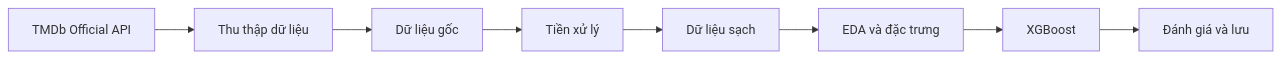
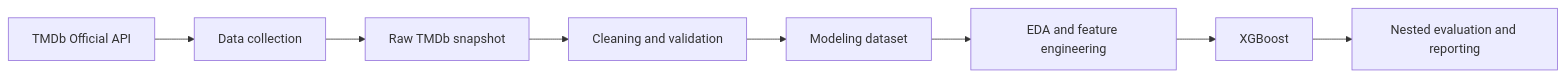
Before and after one commit to AlizCuli/movie-success-analysis: the diagram in README.md, drawn with Mermaid. The commit also changed other lines of this file and 20 other files, not shown here.

````diff
--- a/README.md
+++ b/README.md
@@ -85,10 +45,10 @@
 ```mermaid
 flowchart LR
-    A["TMDb Official API"] --> B["Thu thập dữ liệu"]
-    B --> C["Dữ liệu gốc"]
-    C --> D["Tiền xử lý"]
-    D --> E["Dữ liệu sạch"]
-    E --> F["EDA và đặc trưng"]
+    A["TMDb Official API"] --> B["Data collection"]
+    B --> C["Raw TMDb snapshot"]
+    C --> D["Cleaning and validation"]
+    D --> E["Modeling dataset"]
+    E --> F["EDA and feature engineering"]
     F --> G["XGBoost"]
-    G --> H["Đánh giá và lưu"]
+    G --> H["Nested evaluation and reporting"]
 ```
````
